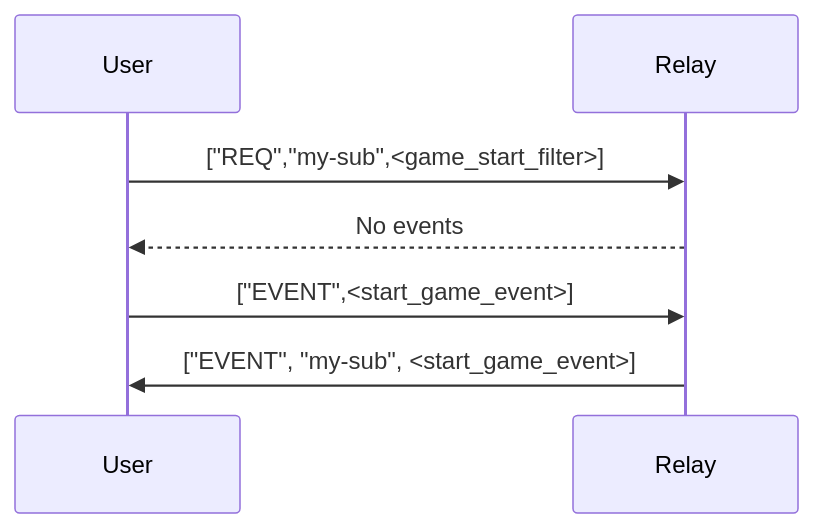
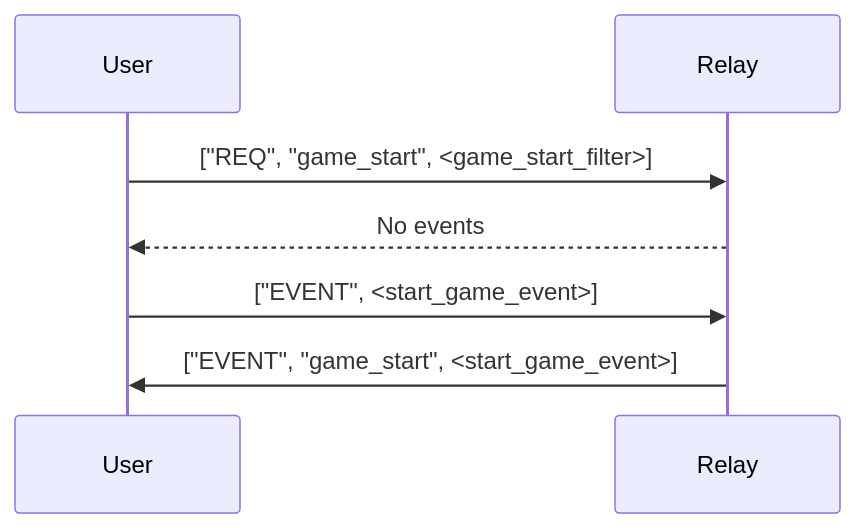
Before and after one commit to jesterui/jesterui: the fourth of 5 diagrams in pgnr-ui/FLOW.md, drawn with Mermaid. The commit also changed other lines of this file and 1 other file, not shown here.

````diff
--- a/pgnr-ui/FLOW.md
+++ b/pgnr-ui/FLOW.md
@@ -60,7 +112,7 @@
 ```mermaid
 sequenceDiagram
-    User->>Relay:  ["REQ","my-sub",<game_start_filter>]
+    User->>Relay: ["REQ", "game_start", <game_start_filter>]
     Relay-->>User: No events
-    User->>Relay:  ["EVENT",<start_game_event>]
-    Relay->>User: ["EVENT", "my-sub", <start_game_event>]
+    User->>Relay: ["EVENT", <start_game_event>]
+    Relay->>User: ["EVENT", "game_start", <start_game_event>]
 ```
````
